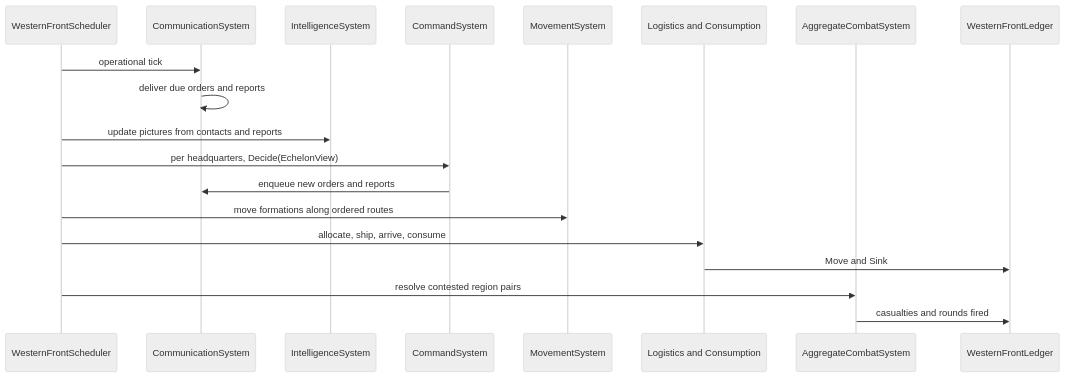
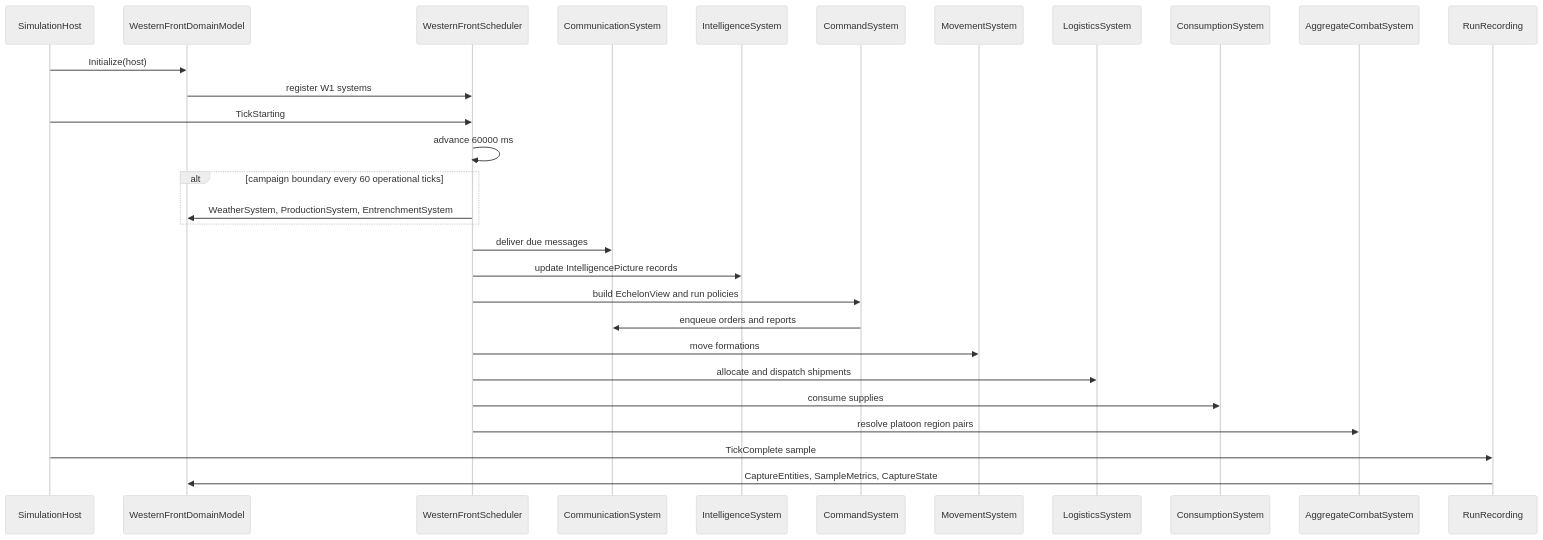
One commit to rmessinger/Panopticon changed the second of 2 diagrams in docs/roadmap/deep-dives/w1-aggregate-sector.md. Above: the diagram before and after it, drawn with Mermaid (neutral theme). The commit also changed other lines of this file and 148 other files, not shown here.

First line of the commit message:
docs(roadmap): detail-first Western Front revision and cards for W1-W6, B1, B4a, B6, B7, H

````diff
--- a/docs/roadmap/deep-dives/w1-aggregate-sector.md
+++ b/docs/roadmap/deep-dives/w1-aggregate-sector.md
@@ -273,22 +343,32 @@
 ```mermaid
 sequenceDiagram
+  participant H as SimulationHost
+  participant D as WesternFrontDomainModel
   participant S as WesternFrontScheduler
   participant M as CommunicationSystem
   participant I as IntelligenceSystem
   participant C as CommandSystem
   participant V as MovementSystem
-  participant L as Logistics and Consumption
+  participant L as LogisticsSystem
+  participant U as ConsumptionSystem
   participant K as AggregateCombatSystem
-  participant G as WesternFrontLedger
+  participant R as RunRecording
 
-  S->>M: operational tick
-  M->>M: deliver due orders and reports
-  S->>I: update pictures from contacts and reports
-  S->>C: per headquarters, Decide(EchelonView)
-  C->>M: enqueue new orders and reports
-  S->>V: move formations along ordered routes
-  S->>L: allocate, ship, arrive, consume
-  L->>G: Move and Sink
-  S->>K: resolve contested region pairs
-  K->>G: casualties and rounds fired
+  H->>D: Initialize(host)
+  D->>S: register W1 systems
+  H->>S: TickStarting
+  S->>S: advance 60000 ms
+  alt campaign boundary every 60 operational ticks
+    S->>D: WeatherSystem, ProductionSystem, EntrenchmentSystem
+  end
+  S->>M: deliver due messages
+  S->>I: update IntelligencePicture records
+  S->>C: build EchelonView and run policies
+  C->>M: enqueue orders and reports
+  S->>V: move formations
+  S->>L: allocate and dispatch shipments
+  S->>U: consume supplies
+  S->>K: resolve platoon region pairs
+  H->>R: TickComplete sample
+  R->>D: CaptureEntities, SampleMetrics, CaptureState
 ```
````
